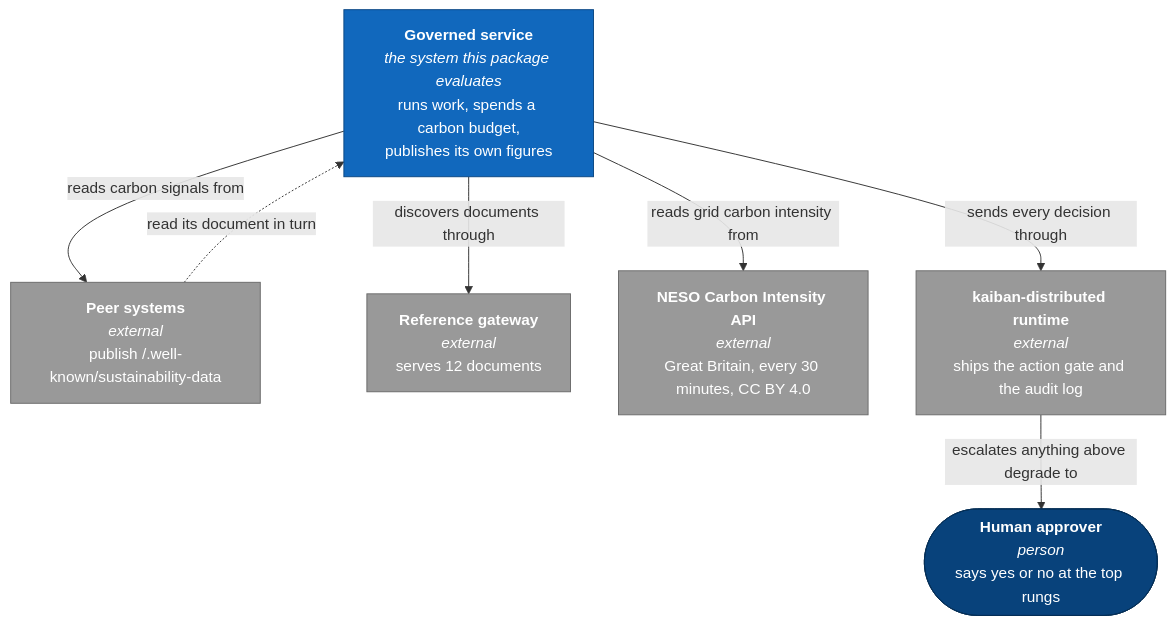
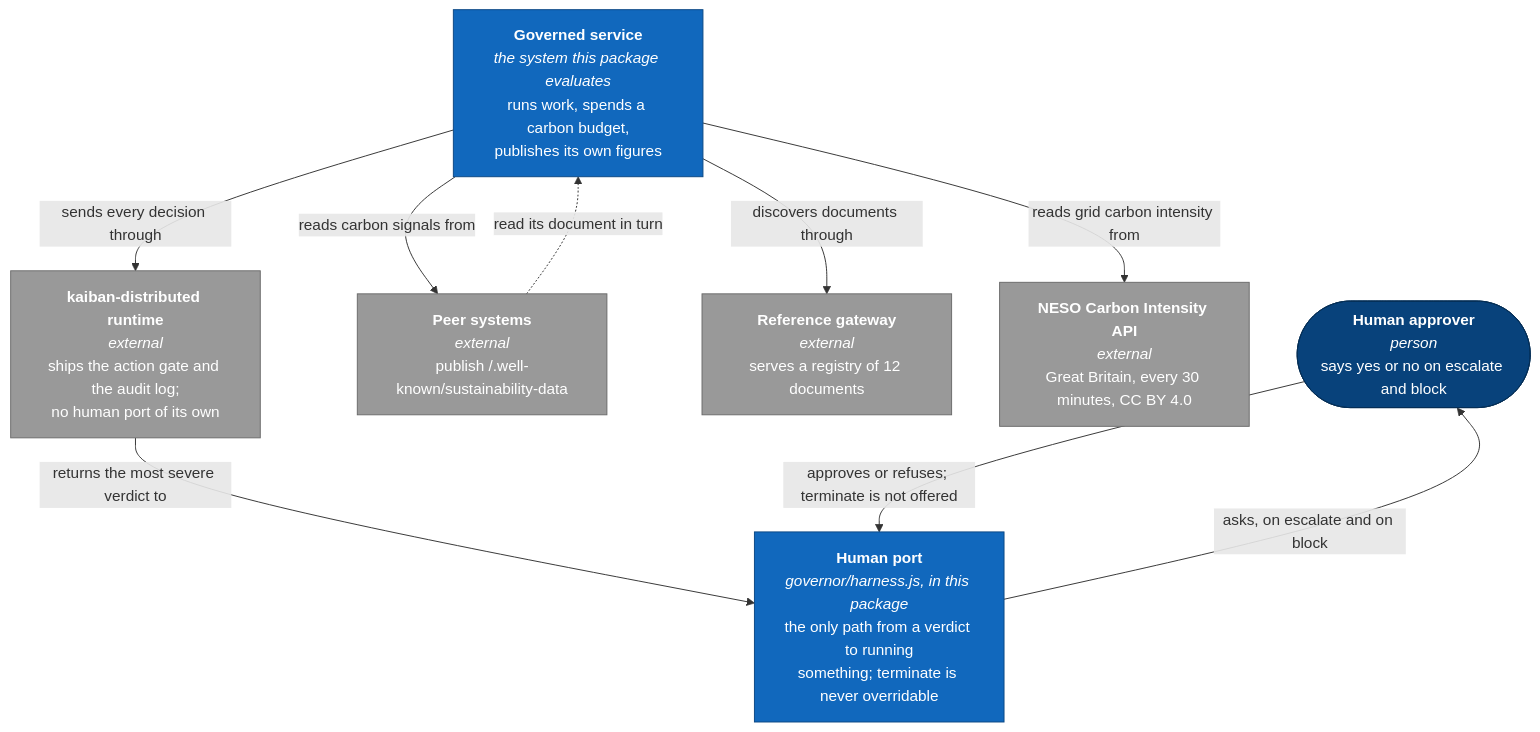
Before and after one commit to andreibesleaga/sustainability-loop-eval: the diagram in docs/architecture/c4/c4-context.mmd, drawn with Mermaid. The commit also changed 89 other files, not shown here.

Commit message:
v1.1.0 hardening pass: canonical rung semantics, single actuation path, fail-closed re-aggregation, F10-F12, portable E1, hashed IPs, GPL-3.0-only code

```diff
--- a/docs/architecture/c4/c4-context.mmd
+++ b/docs/architecture/c4/c4-context.mmd
@@ -1,24 +1,27 @@
 %% C4 level 1 - system context.
 %% Mermaid's native C4Context renderer stacks every box into one column here,
 %% so this is drawn as a flowchart with the same C4 roles spelled out in each label.
 flowchart TB
-  H(["<b>Human approver</b><br/><i>person</i><br/>says yes or no at the top rungs"])
+  H(["<b>Human approver</b><br/><i>person</i><br/>says yes or no on escalate and block"])
   S["<b>Governed service</b><br/><i>the system this package evaluates</i><br/>runs work, spends a carbon budget,<br/>publishes its own figures"]
+  HP["<b>Human port</b><br/><i>governor/harness.js, in this package</i><br/>the only path from a verdict to running<br/>something; terminate is never overridable"]
   P["<b>Peer systems</b><br/><i>external</i><br/>publish /.well-known/sustainability-data"]
-  GW["<b>Reference gateway</b><br/><i>external</i><br/>serves 12 documents"]
+  GW["<b>Reference gateway</b><br/><i>external</i><br/>serves a registry of 12 documents"]
   GD["<b>NESO Carbon Intensity API</b><br/><i>external</i><br/>Great Britain, every 30 minutes, CC BY 4.0"]
-  RT["<b>kaiban-distributed runtime</b><br/><i>external</i><br/>ships the action gate and the audit log"]
+  RT["<b>kaiban-distributed runtime</b><br/><i>external</i><br/>ships the action gate and the audit log;<br/>no human port of its own"]
 
   S -->|reads carbon signals from| P
   S -->|discovers documents through| GW
   S -->|reads grid carbon intensity from| GD
   S -->|sends every decision through| RT
-  RT -->|escalates anything above degrade to| H
+  RT -->|returns the most severe verdict to| HP
+  HP -->|asks, on escalate and on block| H
+  H -->|approves or refuses; terminate is not offered| HP
   P -.->|read its document in turn| S
 
   classDef person fill:#08427b,stroke:#052e56,color:#fff
   classDef sys fill:#1168bd,stroke:#0b4884,color:#fff
   classDef ext fill:#999999,stroke:#6b6b6b,color:#fff
   class H person
-  class S sys
+  class S,HP sys
   class P,GW,GD,RT ext
```
